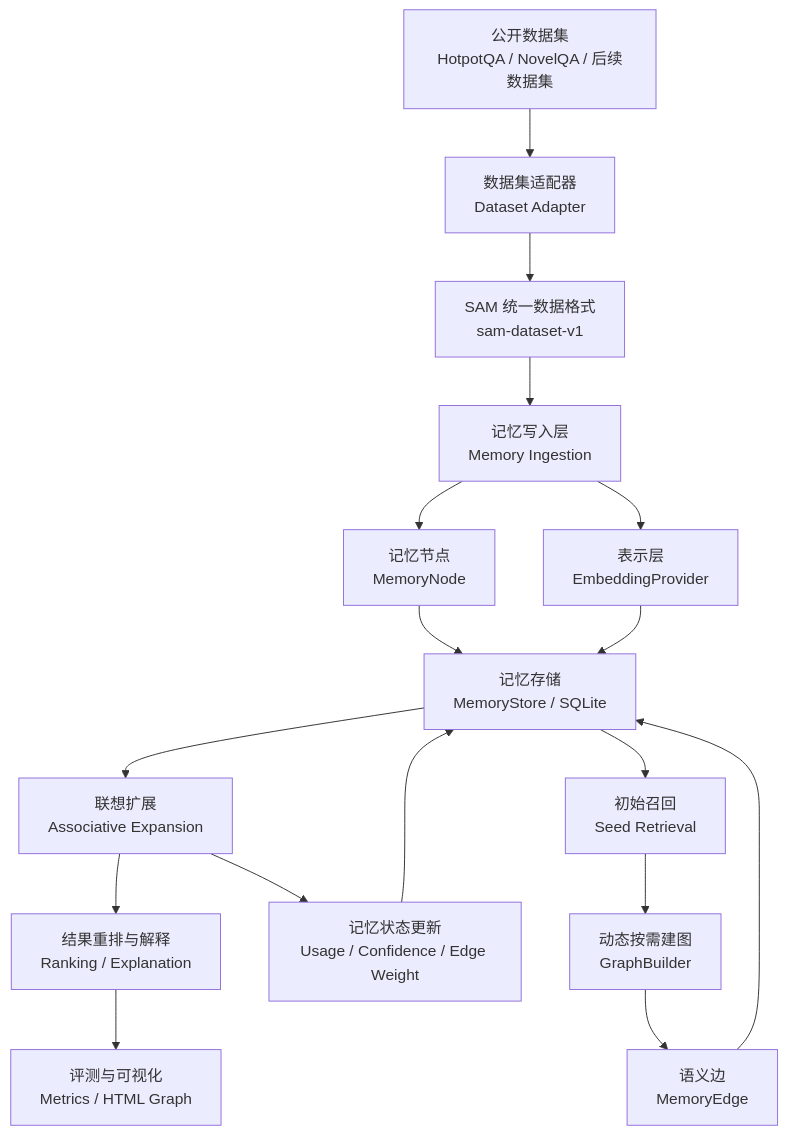
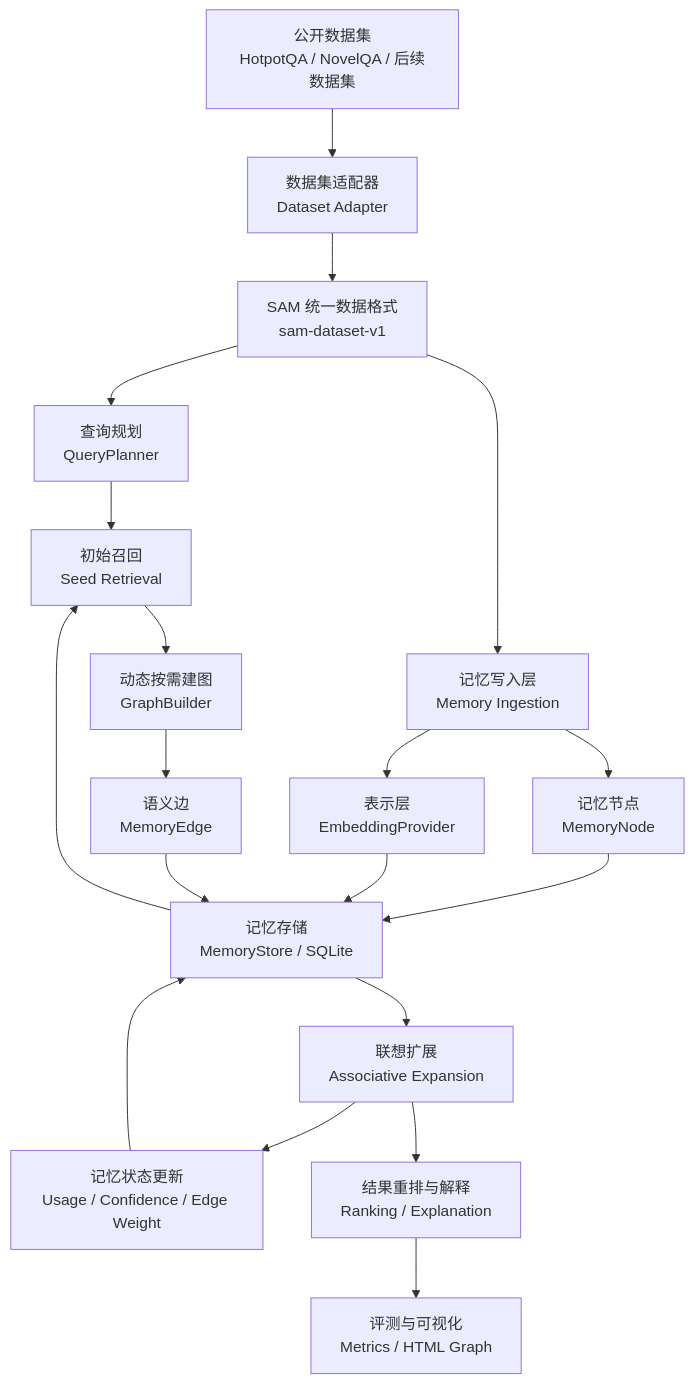
One commit to zhenyu228/semantic-associative-memory changed the first of 3 diagrams in docs/system_design.md. Above: the diagram before and after it, drawn with Mermaid. The commit also changed other lines of this file and 6 other files, not shown here.

Commit message:
feat: add query planner module

````diff
--- a/docs/system_design.md
+++ b/docs/system_design.md
@@ -36,19 +36,21 @@
 ```mermaid
 flowchart TD
     A["公开数据集<br/>HotpotQA / NovelQA / 后续数据集"] --> B["数据集适配器<br/>Dataset Adapter"]
     B --> C["SAM 统一数据格式<br/>sam-dataset-v1"]
+    C --> Q["查询规划<br/>QueryPlanner"]
     C --> D["记忆写入层<br/>Memory Ingestion"]
     D --> E["记忆节点<br/>MemoryNode"]
     D --> F["表示层<br/>EmbeddingProvider"]
     E --> G["记忆存储<br/>MemoryStore / SQLite"]
     F --> G
-    G --> H["初始召回<br/>Seed Retrieval"]
+    Q --> H["初始召回<br/>Seed Retrieval"]
+    G --> H
     H --> I["动态按需建图<br/>GraphBuilder"]
     I --> J["语义边<br/>MemoryEdge"]
     J --> G
     G --> K["联想扩展<br/>Associative Expansion"]
     K --> L["记忆状态更新<br/>Usage / Confidence / Edge Weight"]
     L --> G
     K --> M["结果重排与解释<br/>Ranking / Explanation"]
     M --> N["评测与可视化<br/>Metrics / HTML Graph"]
 ```
````
